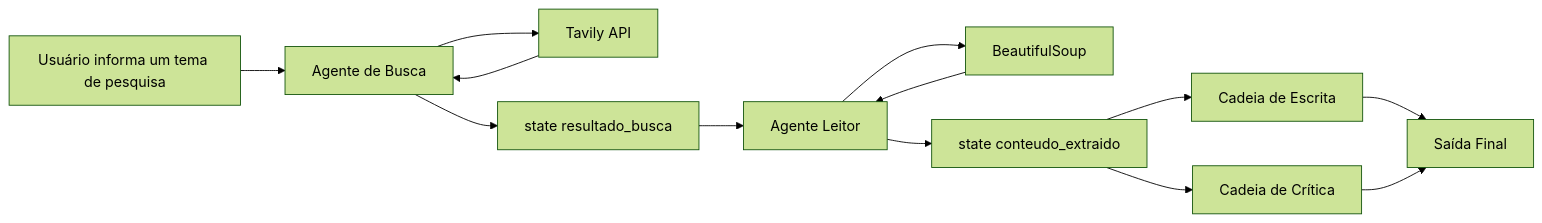
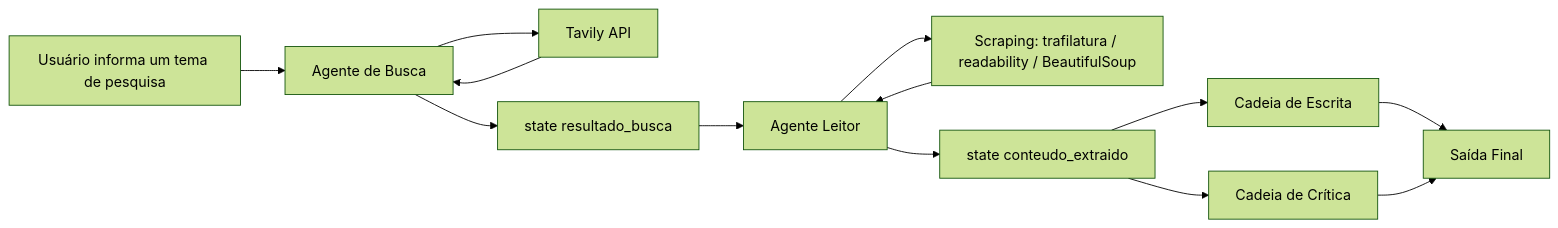
The diagram in README.md (alevtelles/assistente-de-pesquisa-multiagente), drawn with Mermaid (forest theme) before and after one commit. The commit also changed other lines of this file, not shown here.

````diff
--- a/README.md
+++ b/README.md
@@ -41,19 +41,19 @@
 ```mermaid
 flowchart LR
     A[Usuário informa um tema de pesquisa] --> B[Agente de Busca]
 
     B --> C[Tavily API]
     C --> B
     B --> D[state resultado_busca]
 
     D --> E[Agente Leitor]
-    E --> F[BeautifulSoup]
+    E --> F[Scraping: trafilatura / readability / BeautifulSoup]
     F --> E
     E --> G[state conteudo_extraido]
 
     G --> H[Cadeia de Escrita]
     G --> I[Cadeia de Crítica]
 
     H --> J[Saída Final]
     I --> J
 ```
````
